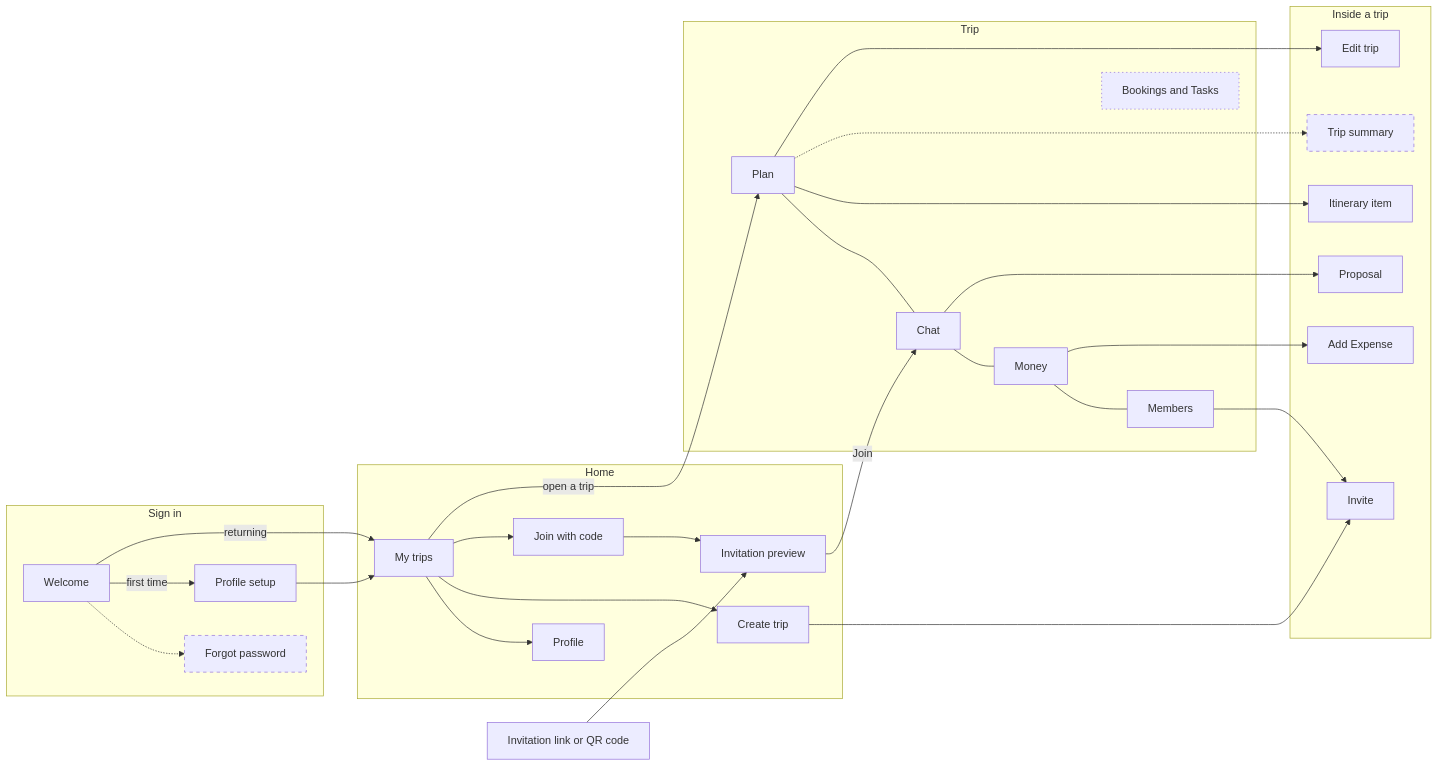
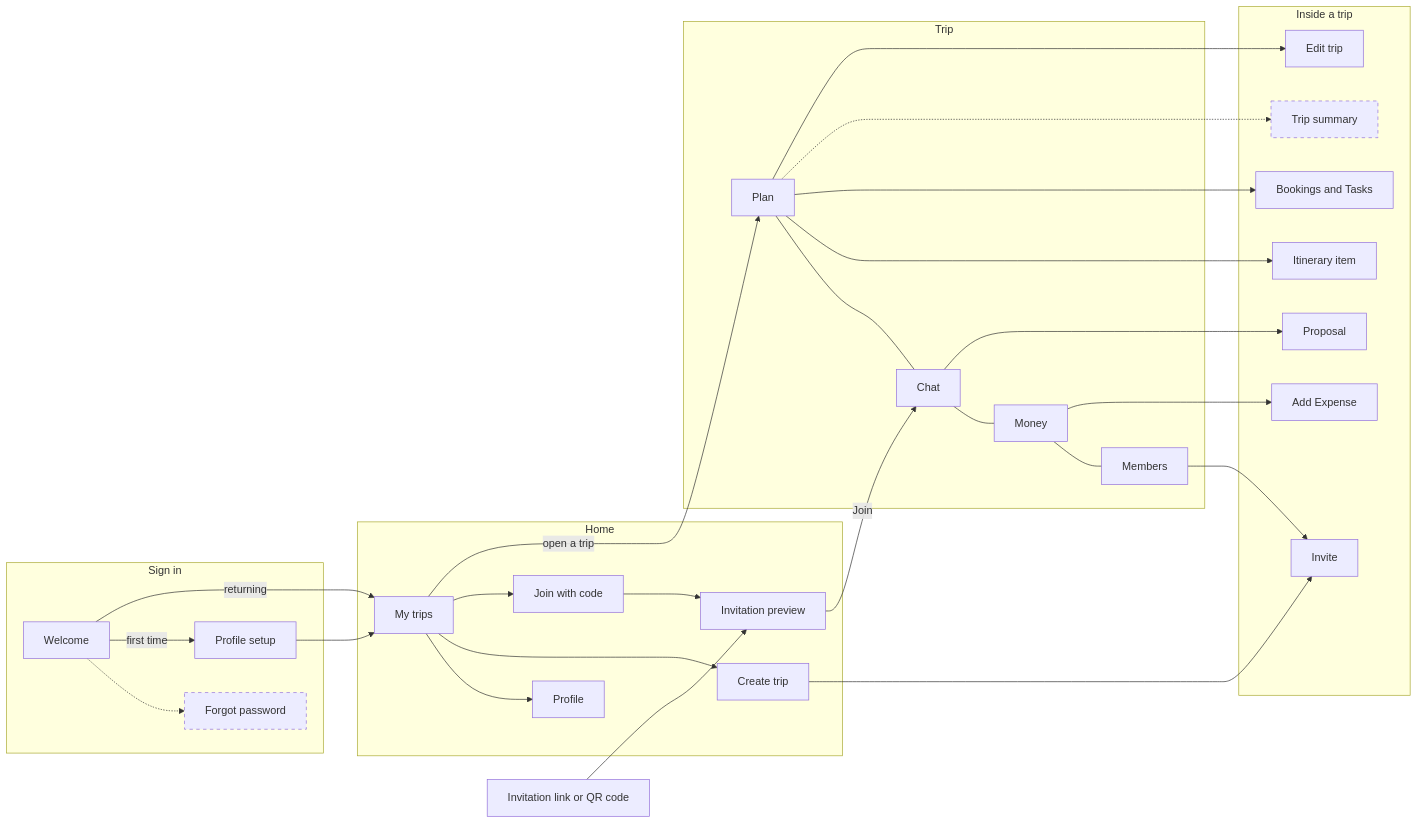
Before and after one commit to huynguyennang-agilityio/tripmate-docs: the diagram in docs/information-architecture.md, drawn with Mermaid. The commit also changed other lines of this file, not shown here.

Commit message:
information-architecture.md v1.0: Bookings and Tasks live in Plan

````diff
--- a/docs/information-architecture.md
+++ b/docs/information-architecture.md
@@ -60,48 +60,48 @@
 ```mermaid
 flowchart LR
     subgraph Auth["Sign in"]
         Welcome
         Forgot["Forgot password"]:::later
         Setup["Profile setup"]
     end
     subgraph Home["Home"]
         MyTrips["My trips"]
         Profile
         Create["Create trip"]
         Join["Join with code"]
         Preview["Invitation preview"]
     end
     subgraph TripArea["Trip"]
         Plan["Plan"]
         Chat["Chat"]
         Money["Money"]
         Members["Members"]
-        BT["Bookings and Tasks"]:::open
     end
     subgraph Detail["Inside a trip"]
         Item["Itinerary item"]
+        BT["Bookings and Tasks"]
         Proposal
         AddExp["Add Expense"]
         Invite
         Edit["Edit trip"]
         Summary["Trip summary"]:::later
     end
     Welcome -.-> Forgot
     Welcome -->|first time| Setup --> MyTrips
     Welcome -->|returning| MyTrips
     MyTrips --> Profile
     MyTrips --> Create --> Invite
     MyTrips --> Join --> Preview
     Link["Invitation link or QR code"] --> Preview
     Preview -->|Join| Chat
     MyTrips -->|open a trip| Plan
     Plan --- Chat --- Money --- Members
     Plan --> Item
+    Plan --> BT
     Plan -.-> Summary
     Chat --> Proposal
     Money --> AddExp
     Members --> Invite
     Plan --> Edit
     classDef later stroke-dasharray: 5 5
-    classDef open stroke-dasharray: 2 4
 ```
````
